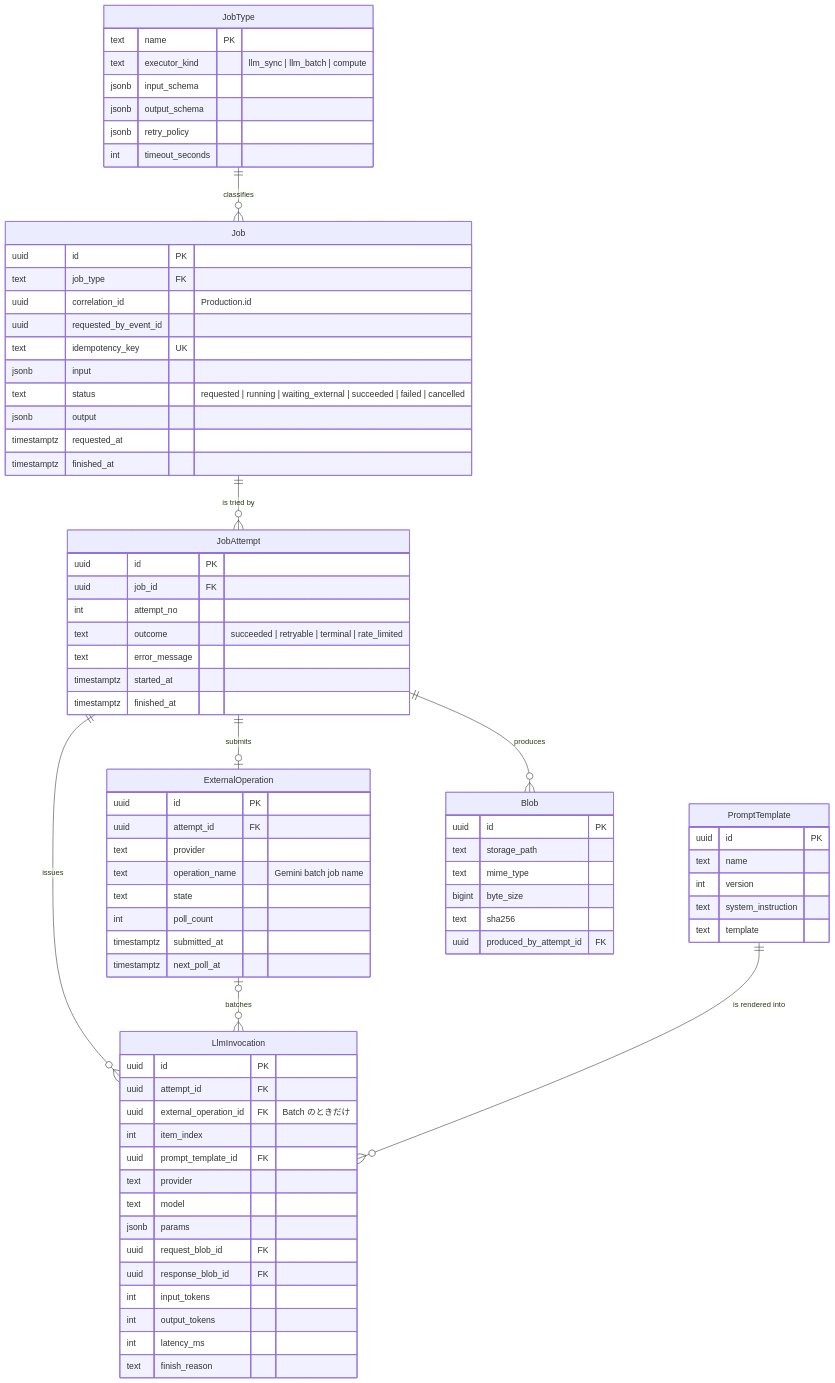
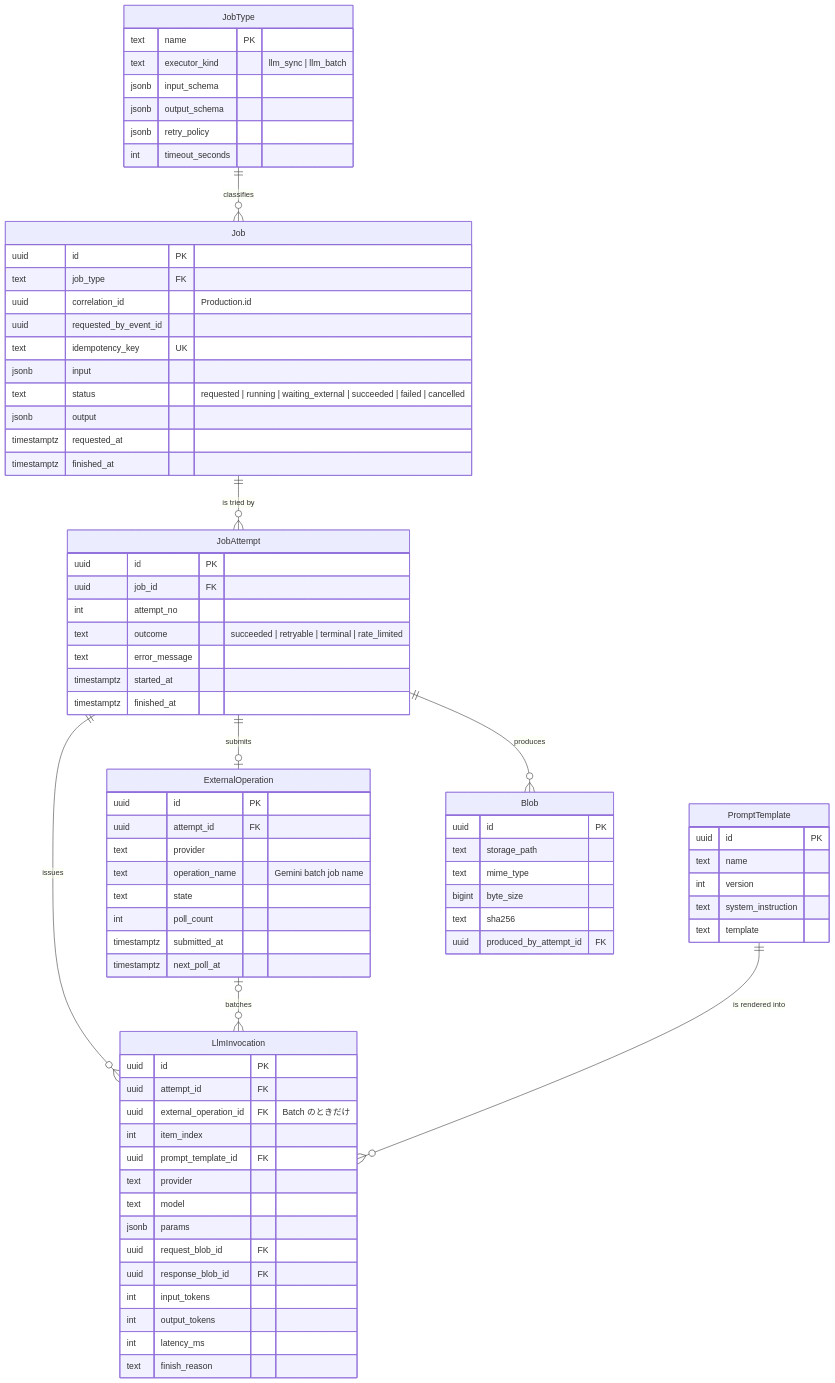
Before and after one commit to hskksk/podcaster: the fourth of 6 diagrams in docs/architecture/podcast-domain-model-tobe.md, drawn with Mermaid. The commit also changed other lines of this file, not shown here.

Commit message:
docs(architecture): apply episode, feed, event store and tts chunk decisions

````diff
--- a/docs/architecture/podcast-domain-model-tobe.md
+++ b/docs/architecture/podcast-domain-model-tobe.md
@@ -353,81 +387,81 @@
 ```mermaid
 erDiagram
   JobType {
     text name PK
-    text executor_kind "llm_sync | llm_batch | compute"
+    text executor_kind "llm_sync | llm_batch"
     jsonb input_schema
     jsonb output_schema
     jsonb retry_policy
     int timeout_seconds
   }
   Job {
     uuid id PK
     text job_type FK
     uuid correlation_id "Production.id"
     uuid requested_by_event_id
     text idempotency_key UK
     jsonb input
     text status "requested | running | waiting_external | succeeded | failed | cancelled"
     jsonb output
     timestamptz requested_at
     timestamptz finished_at
   }
   JobAttempt {
     uuid id PK
     uuid job_id FK
     int attempt_no
     text outcome "succeeded | retryable | terminal | rate_limited"
     text error_message
     timestamptz started_at
     timestamptz finished_at
   }
   ExternalOperation {
     uuid id PK
     uuid attempt_id FK
     text provider
     text operation_name "Gemini batch job name"
     text state
     int poll_count
     timestamptz submitted_at
     timestamptz next_poll_at
   }
   PromptTemplate {
     uuid id PK
     text name
     int version
     text system_instruction
     text template
   }
   LlmInvocation {
     uuid id PK
     uuid attempt_id FK
     uuid external_operation_id FK "Batch のときだけ"
     int item_index
     uuid prompt_template_id FK
     text provider
     text model
     jsonb params
     uuid request_blob_id FK
     uuid response_blob_id FK
     int input_tokens
     int output_tokens
     int latency_ms
     text finish_reason
   }
   Blob {
     uuid id PK
     text storage_path
     text mime_type
     bigint byte_size
     text sha256
     uuid produced_by_attempt_id FK
   }
 
   JobType ||--o{ Job : classifies
   Job ||--o{ JobAttempt : "is tried by"
   JobAttempt ||--o| ExternalOperation : submits
   JobAttempt ||--o{ LlmInvocation : issues
   ExternalOperation |o--o{ LlmInvocation : batches
   PromptTemplate ||--o{ LlmInvocation : "is rendered into"
   JobAttempt ||--o{ Blob : produces
 ```
````
